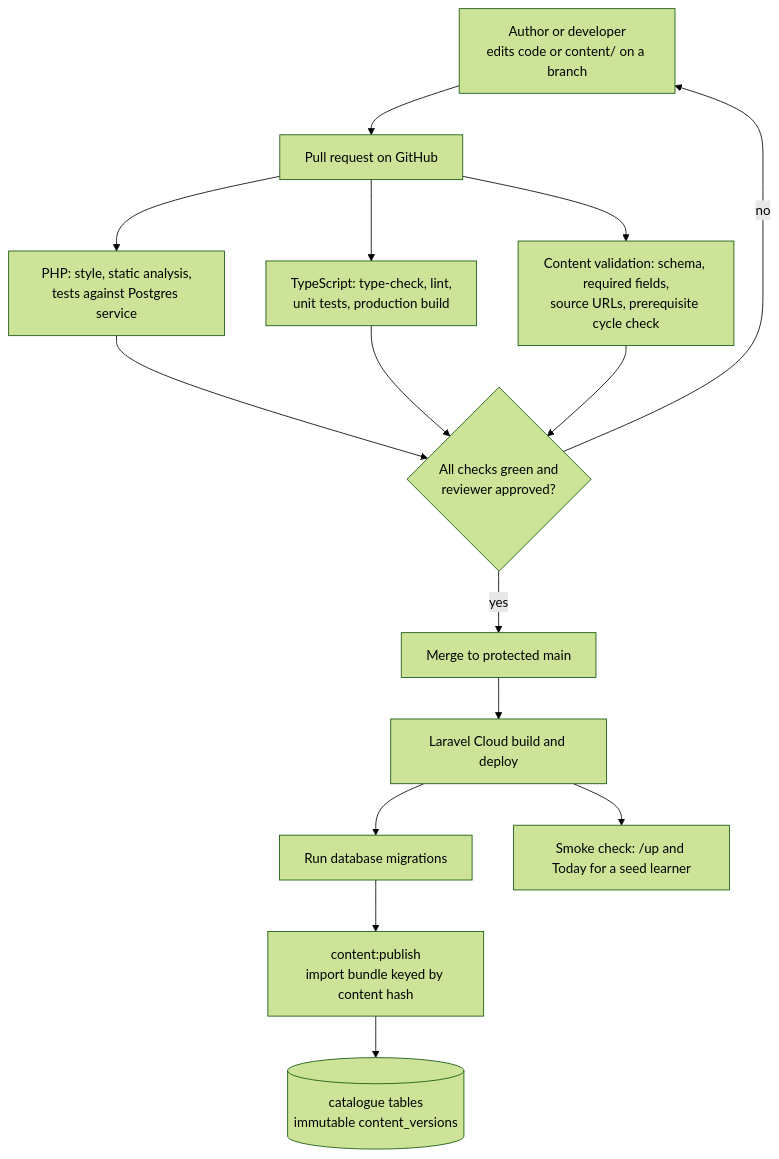
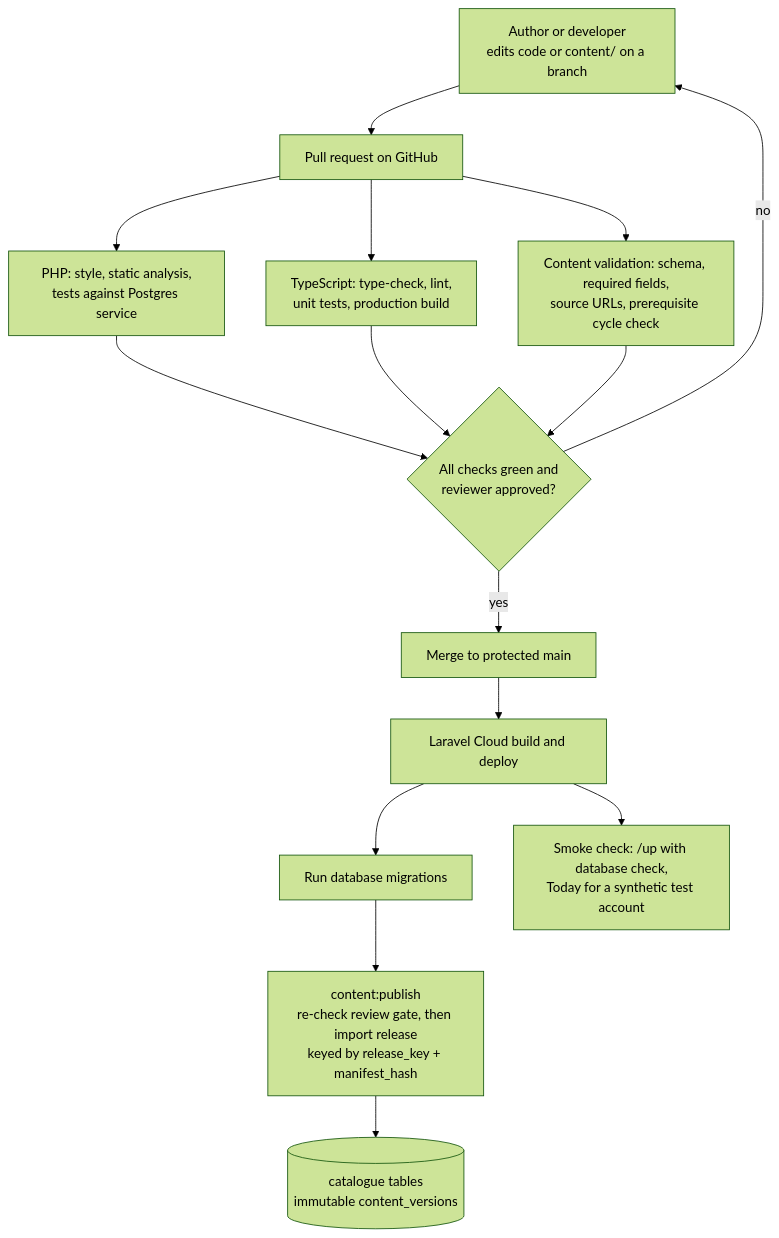
Before and after one commit to GhanshyamSoni68/app_idea: the third of 3 diagrams in devstep/docs/01-tech-stack-and-hosting.md, drawn with Mermaid (forest theme). The commit also changed other lines of this file, not shown here.

First line of the commit message:
Align stack ADR with cross-review rulings

````diff
--- a/devstep/docs/01-tech-stack-and-hosting.md
+++ b/devstep/docs/01-tech-stack-and-hosting.md
@@ -215,17 +215,17 @@
 ```mermaid
 flowchart TB
   A["Author or developer<br/>edits code or content/ on a branch"] --> PR["Pull request on GitHub"]
   PR --> C1["PHP: style, static analysis,<br/>tests against Postgres service"]
   PR --> C2["TypeScript: type-check, lint,<br/>unit tests, production build"]
   PR --> C3["Content validation: schema, required fields,<br/>source URLs, prerequisite cycle check"]
   C1 --> REV{"All checks green and<br/>reviewer approved?"}
   C2 --> REV
   C3 --> REV
   REV -->|no| A
   REV -->|yes| M["Merge to protected main"]
   M --> D["Laravel Cloud build and deploy"]
   D --> MIG["Run database migrations"]
-  MIG --> PUB["content:publish<br/>import bundle keyed by content hash"]
+  MIG --> PUB["content:publish<br/>re-check review gate, then import release<br/>keyed by release_key + manifest_hash"]
   PUB --> CAT[("catalogue tables<br/>immutable content_versions")]
-  D --> SMK["Smoke check: /up and Today for a seed learner"]
+  D --> SMK["Smoke check: /up with database check,<br/>Today for a synthetic test account"]
 ```
````
